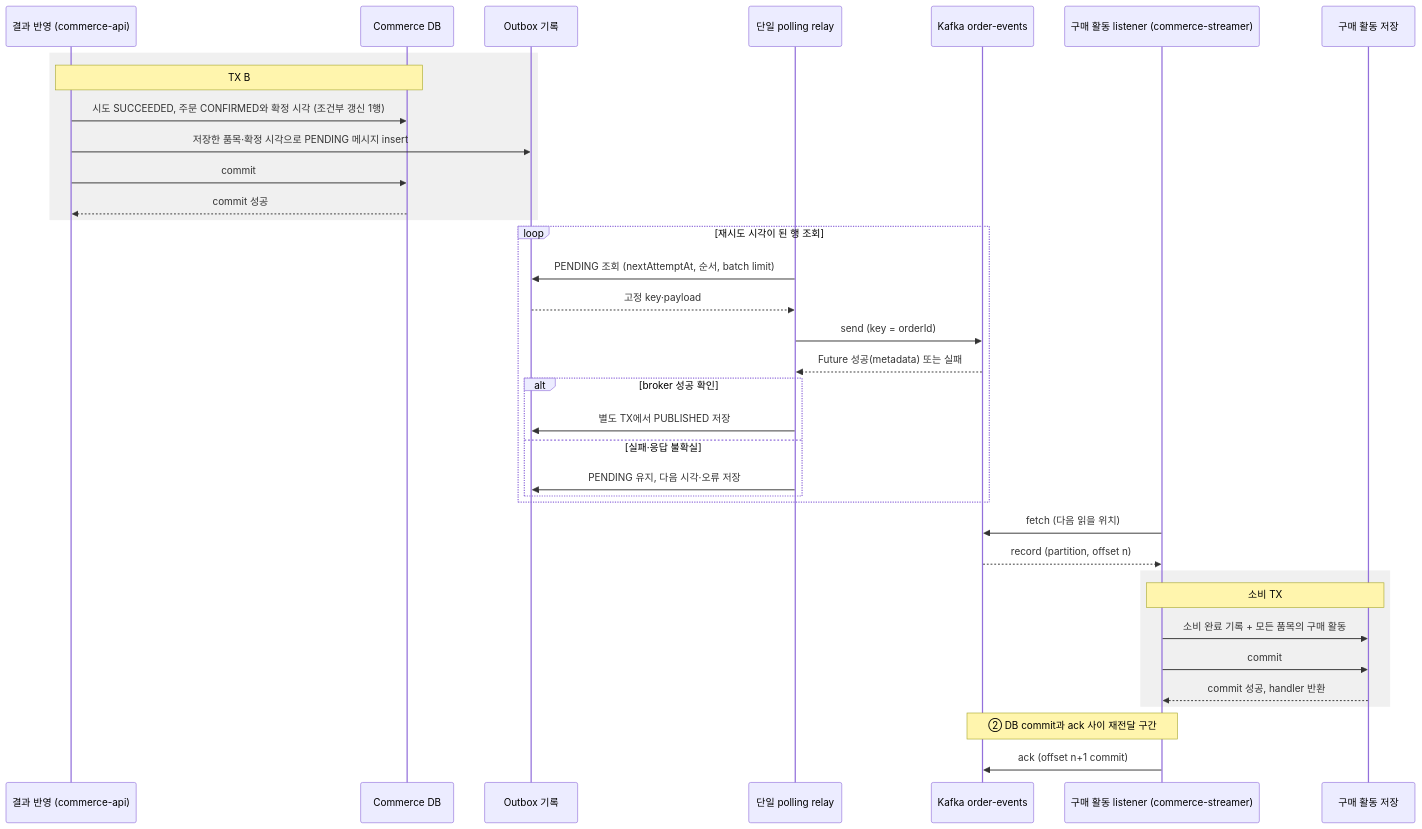
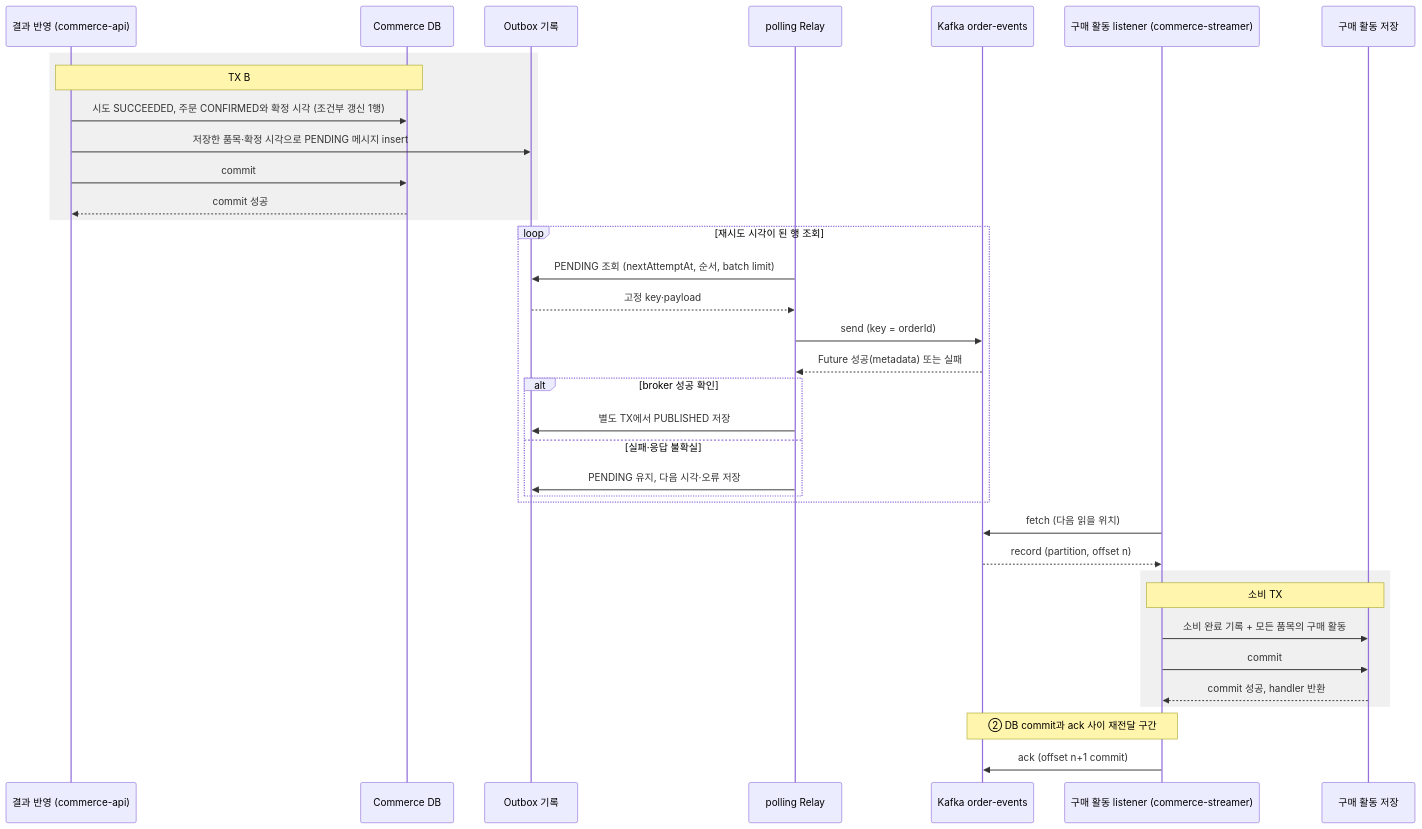
Before and after one commit to loopers-labs/loop-pack-be-l2-vol5-java: the diagram in docs/system-design/use-cases/order-confirmed-event.md, drawn with Mermaid. The commit also changed other lines of this file and 6 other files, not shown here.

````diff
--- a/docs/system-design/use-cases/order-confirmed-event.md
+++ b/docs/system-design/use-cases/order-confirmed-event.md
@@ -42,39 +43,39 @@
 ```mermaid
 sequenceDiagram
     participant Result as 결과 반영 (commerce-api)
     participant DB as Commerce DB
     participant Outbox as Outbox 기록
-    participant Relay as 단일 polling relay
+    participant Relay as polling Relay
     participant Kafka as Kafka order-events
     participant Listener as 구매 활동 listener (commerce-streamer)
     participant ADB as 구매 활동 저장
 
     rect rgba(128, 128, 128, 0.12)
         Note over Result,DB: TX B
         Result->>DB: 시도 SUCCEEDED, 주문 CONFIRMED와 확정 시각 (조건부 갱신 1행)
         Result->>Outbox: 저장한 품목·확정 시각으로 PENDING 메시지 insert
         Result->>DB: commit
         DB-->>Result: commit 성공
     end
     loop 재시도 시각이 된 행 조회
         Relay->>Outbox: PENDING 조회 (nextAttemptAt, 순서, batch limit)
         Outbox-->>Relay: 고정 key·payload
         Relay->>Kafka: send (key = orderId)
         Kafka-->>Relay: Future 성공(metadata) 또는 실패
         alt broker 성공 확인
             Relay->>Outbox: 별도 TX에서 PUBLISHED 저장
         else 실패·응답 불확실
             Relay->>Outbox: PENDING 유지, 다음 시각·오류 저장
         end
     end
     Listener->>Kafka: fetch (다음 읽을 위치)
     Kafka-->>Listener: record (partition, offset n)
     rect rgba(128, 128, 128, 0.12)
         Note over Listener,ADB: 소비 TX
         Listener->>ADB: 소비 완료 기록 + 모든 품목의 구매 활동
         Listener->>ADB: commit
         ADB-->>Listener: commit 성공, handler 반환
     end
     Note over Listener,Kafka: ② DB commit과 ack 사이 재전달 구간
     Listener->>Kafka: ack (offset n+1 commit)
 ```
````
